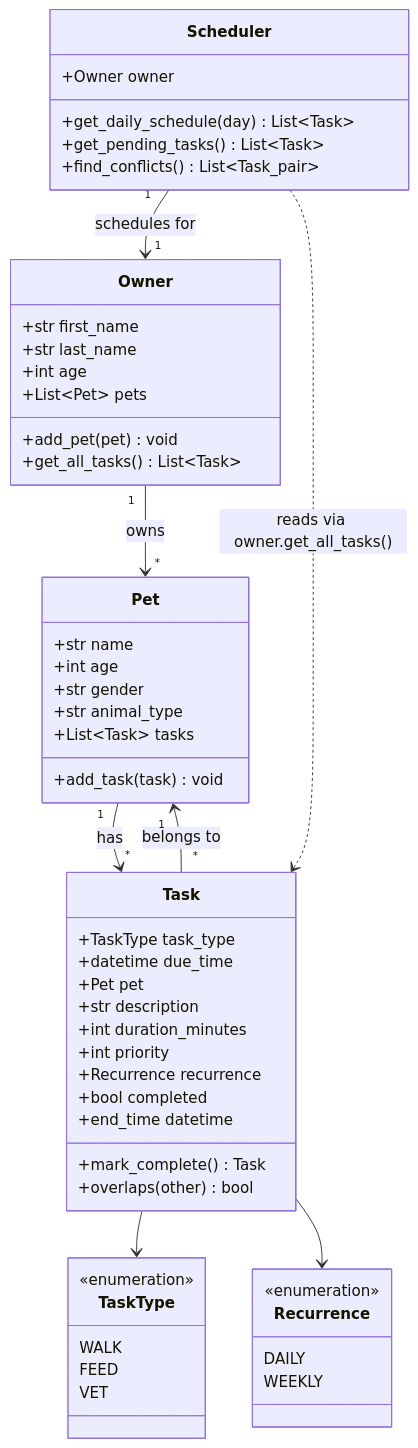
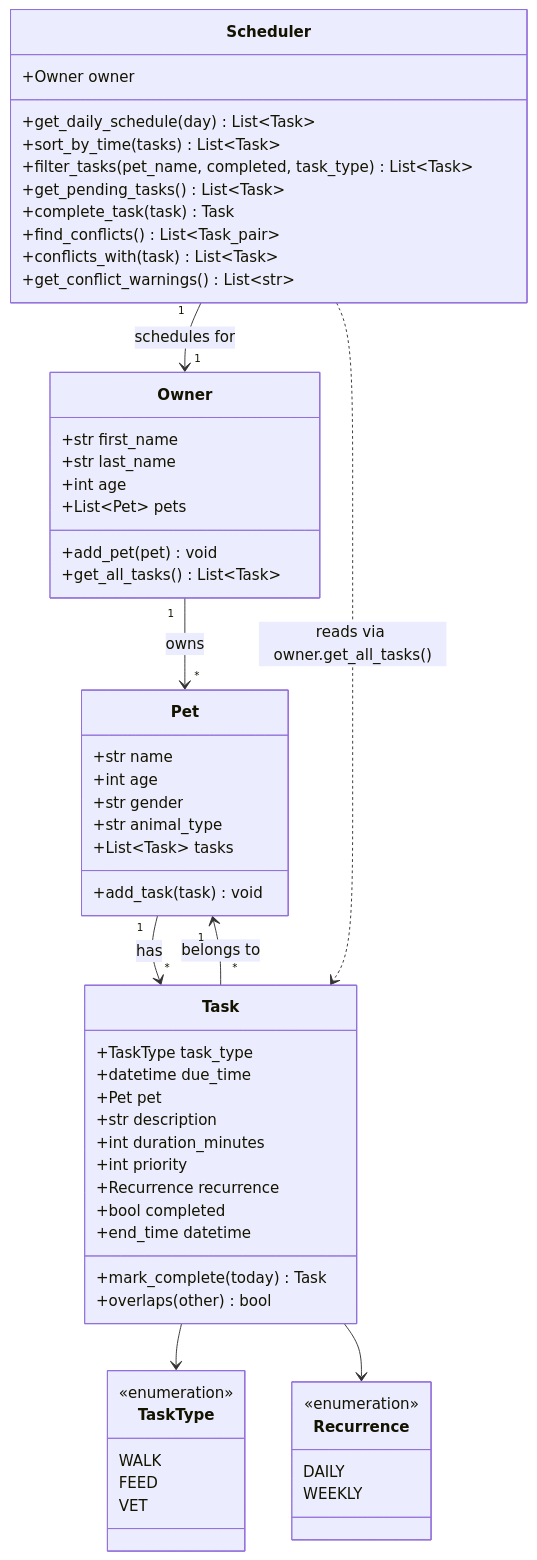
Before and after one commit to vivia25/ai110-module2show-pawpal-starter: the diagram in diagrams/uml.mmd, drawn with Mermaid. The commit also changed 6 other files, not shown here.

```diff
--- a/diagrams/uml.mmd
+++ b/diagrams/uml.mmd
@@ -1,60 +1,65 @@
 classDiagram
     class TaskType {
         <<enumeration>>
         WALK
         FEED
         VET
     }
 
     class Recurrence {
         <<enumeration>>
         DAILY
         WEEKLY
     }
 
     class Owner {
         +str first_name
         +str last_name
         +int age
         +List~Pet~ pets
         +add_pet(pet) void
         +get_all_tasks() List~Task~
     }
 
     class Pet {
         +str name
         +int age
         +str gender
         +str animal_type
         +List~Task~ tasks
         +add_task(task) void
     }
 
     class Task {
         +TaskType task_type
         +datetime due_time
         +Pet pet
         +str description
         +int duration_minutes
         +int priority
         +Recurrence recurrence
         +bool completed
-        +mark_complete() Task
+        +mark_complete(today) Task
         +overlaps(other) bool
         +end_time datetime
     }
 
     class Scheduler {
         +Owner owner
         +get_daily_schedule(day) List~Task~
+        +sort_by_time(tasks) List~Task~
+        +filter_tasks(pet_name, completed, task_type) List~Task~
         +get_pending_tasks() List~Task~
+        +complete_task(task) Task
         +find_conflicts() List~Task_pair~
+        +conflicts_with(task) List~Task~
+        +get_conflict_warnings() List~str~
     }
 
     Owner "1" --> "*" Pet : owns
     Pet "1" --> "*" Task : has
     Task "*" --> "1" Pet : belongs to
     Task --> TaskType
     Task --> Recurrence
     Scheduler "1" --> "1" Owner : schedules for
     Scheduler ..> Task : reads via owner.get_all_tasks()
```
